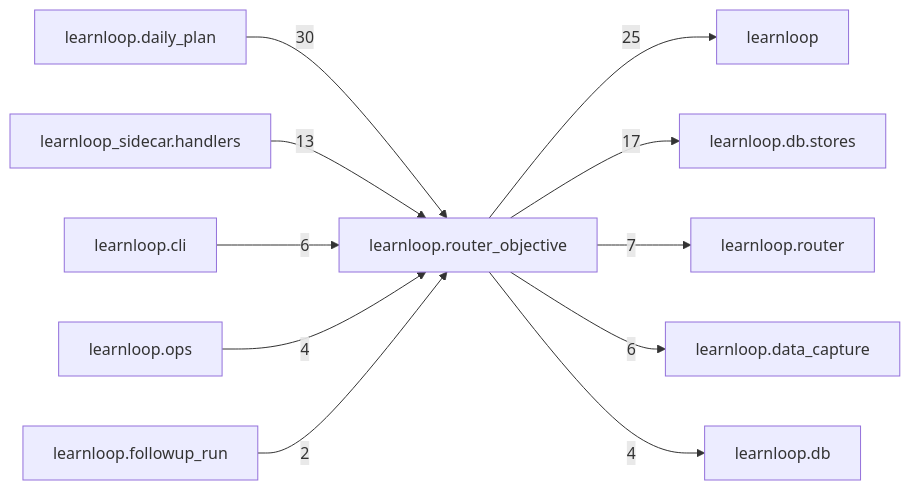
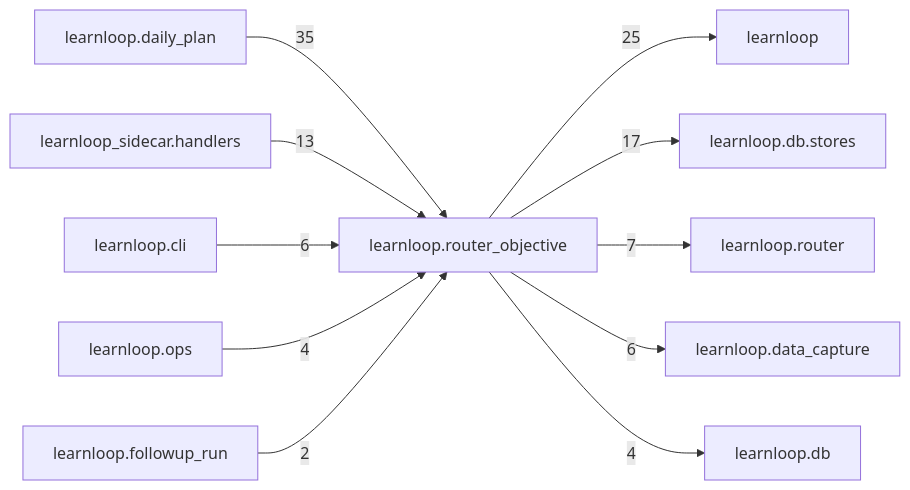
Before and after one commit to 6up-b/learnanything: the diagram in docs/learnloop-architecture-vault/Reference/Modules/learnloop/router_objective/_package.md, drawn with Mermaid. The commit also changed other lines of this file and 24 other files, not shown here.

````diff
--- a/docs/learnloop-architecture-vault/Reference/Modules/learnloop/router_objective/_package.md
+++ b/docs/learnloop-architecture-vault/Reference/Modules/learnloop/router_objective/_package.md
@@ -153,24 +153,24 @@
 ```mermaid
 flowchart LR
     center["learnloop.router_objective"]
     n_learnloop_daily_plan["learnloop.daily_plan"]
     n_learnloop["learnloop"]
     n_learnloop_db_stores["learnloop.db.stores"]
     n_learnloop_sidecar_handlers["learnloop_sidecar.handlers"]
     n_learnloop_router["learnloop.router"]
     n_learnloop_cli["learnloop.cli"]
     n_learnloop_data_capture["learnloop.data_capture"]
     n_learnloop_db["learnloop.db"]
     n_learnloop_ops["learnloop.ops"]
     n_learnloop_followup_run["learnloop.followup_run"]
-    n_learnloop_daily_plan -->|30| center
+    n_learnloop_daily_plan -->|35| center
     center -->|25| n_learnloop
     center -->|17| n_learnloop_db_stores
     n_learnloop_sidecar_handlers -->|13| center
     center -->|7| n_learnloop_router
     n_learnloop_cli -->|6| center
     center -->|6| n_learnloop_data_capture
     center -->|4| n_learnloop_db
     n_learnloop_ops -->|4| center
     n_learnloop_followup_run -->|2| center
 ```
````
